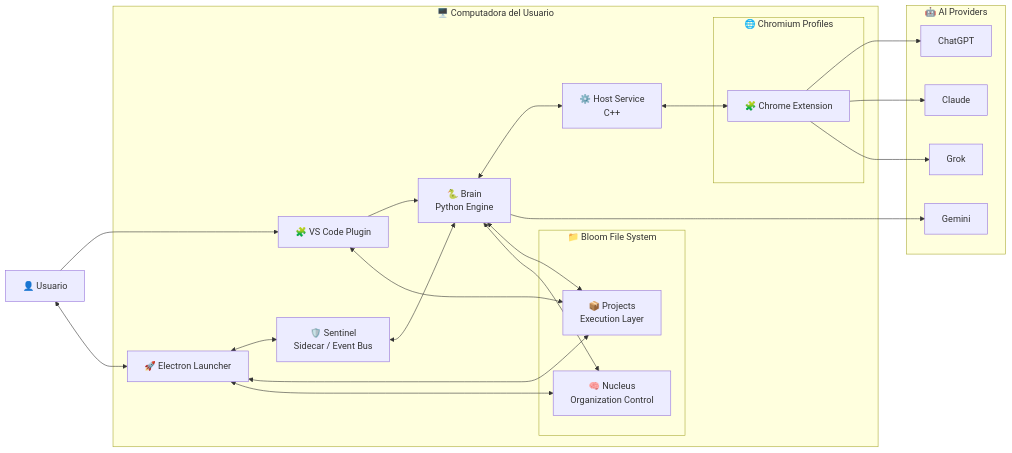
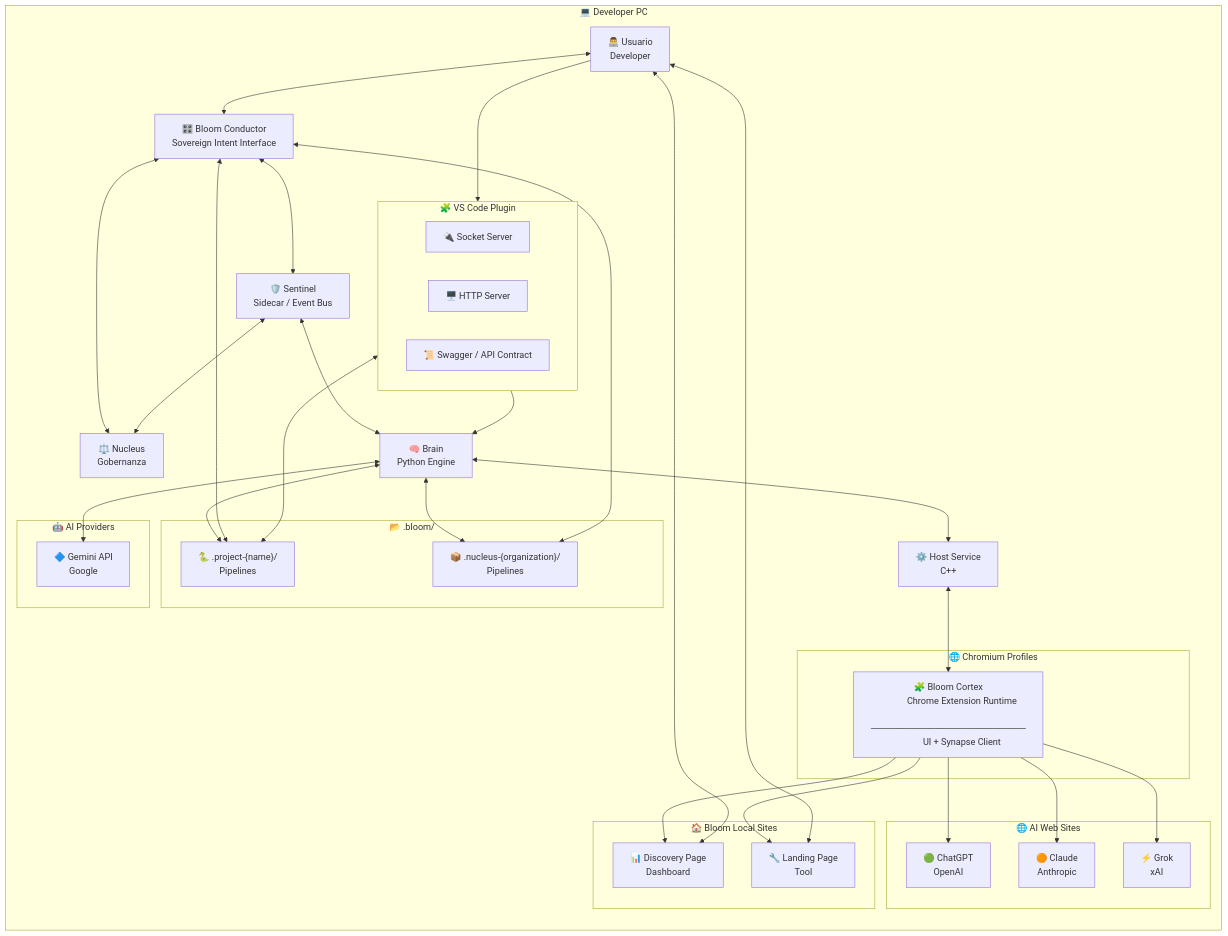
One commit to JoseVigil/bloom-development-extension changed the diagram in docs/BTIPS (Bloom Technical Intent Package).md. Above: the diagram before and after it, drawn with Mermaid. The commit also changed other lines of this file and 182 other files, not shown here.

Commit message:
Cortex and Conductor renaming, deploy and version

````diff
--- a/docs/BTIPS (Bloom Technical Intent Package).md
+++ b/docs/BTIPS (Bloom Technical Intent Package).md
@@ -42,59 +42,92 @@
 ```mermaid
 flowchart LR
-    User[👤 Usuario]
+    subgraph DevPC["💻 Developer PC"]
+        User["👨‍💻 Usuario
+        Developer"]
+        
+        subgraph VS["🧩 VS Code Plugin"]
+            VSSocket[🔌 Socket Server]
+            VSHttp[🖥️ HTTP Server]
+            VSSwagger[📜 Swagger / API Contract]
+        end
 
-    subgraph PC["🖥️ Computadora del Usuario"]
-        
-        VS[🧩 VS Code Plugin]
-        Launcher[🚀 Electron Launcher]
+        Launcher[🎛️ Bloom Conductor
+        Sovereign Intent Interface]
+
+        NucleusExe[⚖️ Nucleus
+        Gobernanza]
 
         Sentinel[🛡️ Sentinel
         Sidecar / Event Bus]
 
-        Brain[🐍 Brain
+        Brain[🧠 Brain
         Python Engine]
         Host[⚙️ Host Service\nC++]
 
         subgraph Chrome["🌐 Chromium Profiles"]
-            Ext[🧩 Chrome Extension]
+            Ext["🧩 Bloom Cortex
+            Chrome Extension Runtime
+            ────────────────────────
+            UI + Synapse Client"]
         end
 
-        subgraph BloomFS["📁 Bloom File System"]
-            Nucleus[🧠 Nucleus
-            Organization Control]
-            Projects[📦 Projects
-            Execution Layer]
+        subgraph BloomFS["📂 .bloom/"]
+            NucleusFolder["📦 .nucleus-{organization}/
+            Pipelines"]
+            ProjectFolder["🐍 .project-{name}/
+            Pipelines"]
         end
-    end
 
-    subgraph AI["🤖 AI Providers"]
-        ChatGPT
-        Claude
-        Gemini
-        Grok
-    end
+        subgraph BloomLocalSites["🏠 Bloom Local Sites"]
+            Discovery["📊 Discovery Page
+            Dashboard"]
+            Landing["🔧 Landing Page
+            Tool"]
+        end
 
-    User --> VS
-    User <--> Launcher
+        subgraph AIWebSites["🌐 AI Web Sites"]
+            ChatGPTSite["🟢 ChatGPT
+            OpenAI"]
+            ClaudeSite["🟠 Claude
+            Anthropic"]
+            GrokSite["⚡ Grok
+            xAI"]
+        end
 
-    Launcher <--> Sentinel
-    Sentinel <--> Brain
+        subgraph AIProviders["🤖 AI Providers"]
+            GeminiAPI["🔷 Gemini API
+            Google"]
+        end
 
-    VS --> Brain
+        Ext --> Discovery
+        Ext --> Landing
 
-    Brain <--> Host
-    Host <--> Ext
+        User --> VS
+        User <--> Launcher
+        User <--> Discovery
+        User <--> Landing
 
-    Ext --> ChatGPT
-    Ext --> Claude
-    Ext --> Grok
+        Launcher <--> Sentinel
+        Launcher <--> NucleusExe
+        Sentinel <--> NucleusExe
+        Sentinel <--> Brain
 
-    Brain --> Gemini
+        VS --> Brain
 
-    Brain <--> Projects
-    Brain <--> Nucleus
+        Brain <--> Host
+        Host <--> Ext
 
-    Launcher <--> Projects
-    Launcher <--> Nucleus
-    VS <--> Projects
+        Brain <--> ProjectFolder
+        Brain <--> NucleusFolder
+
+        Launcher <--> ProjectFolder
+        Launcher <--> NucleusFolder
+        VS <--> ProjectFolder
+
+        Ext --> ChatGPTSite
+        Ext --> ClaudeSite
+        Ext --> GrokSite
+
+        Brain <--> GeminiAPI
+    end  
 ```
````
